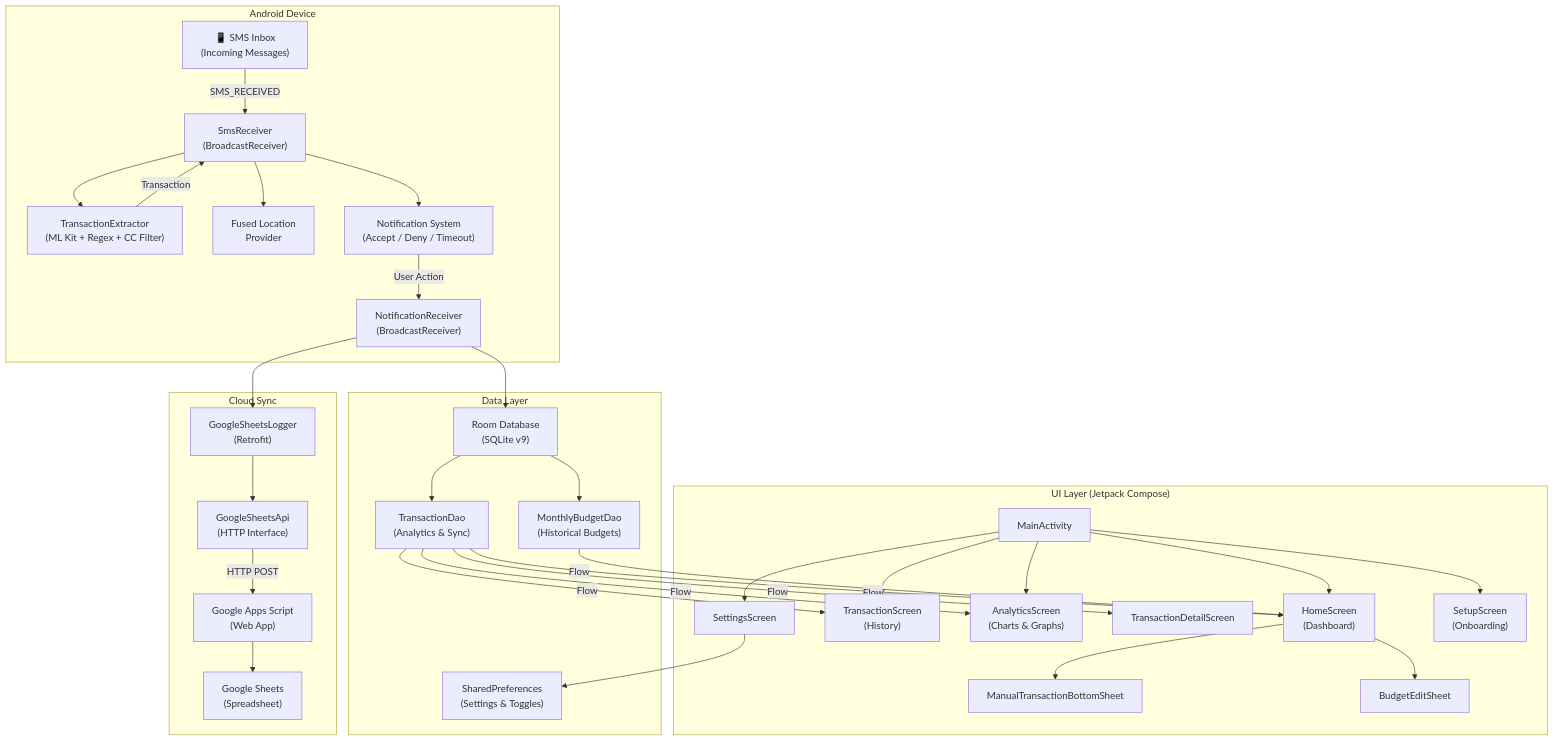
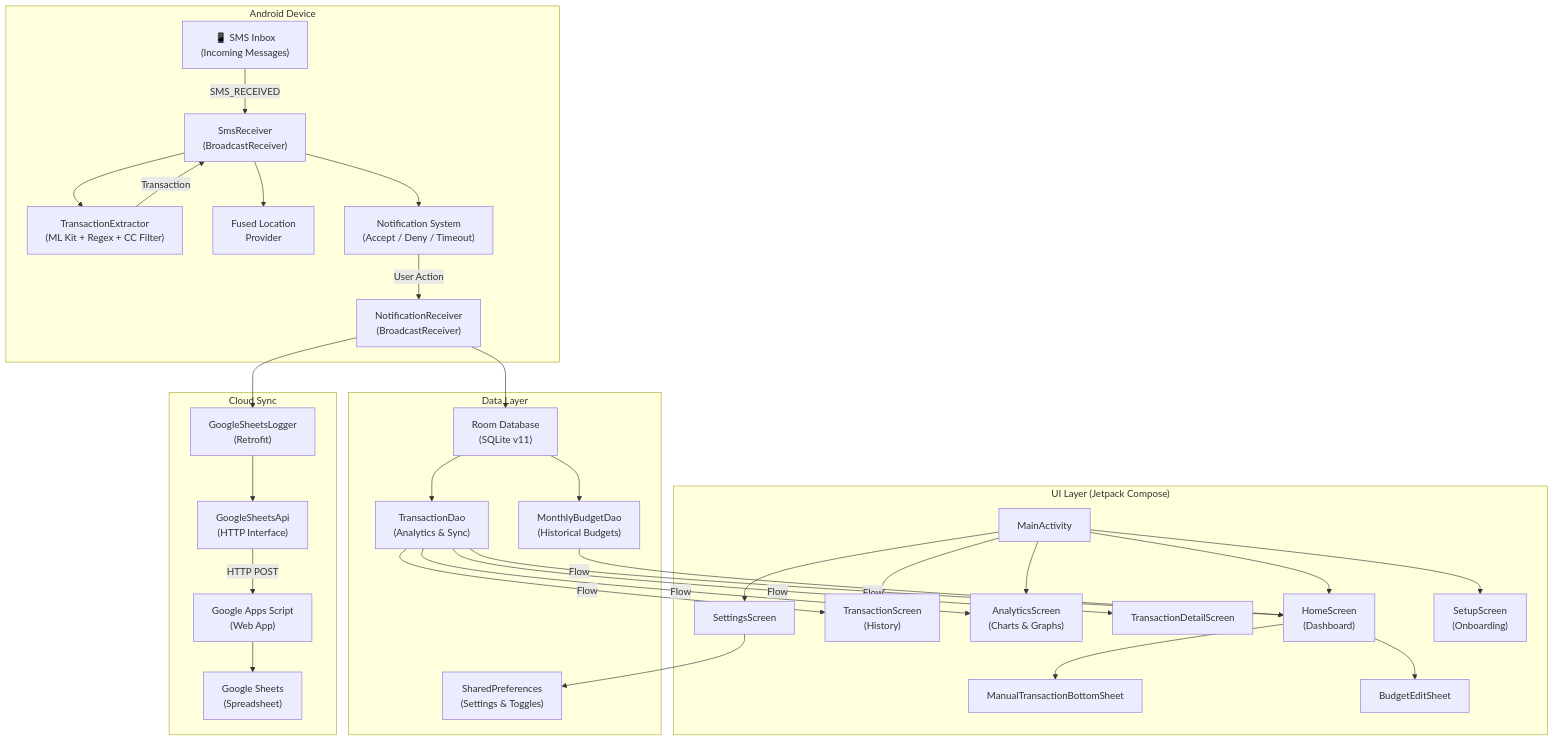
One commit to RahulGorai0206/expence-tracker changed the first of 4 diagrams in README.md. Above: the diagram before and after it, drawn with Mermaid. The commit also changed other lines of this file and 1 other file, not shown here.

First line of the commit message:
docs: update README and project documentation for Room v11 and new features

````diff
--- a/README.md
+++ b/README.md
@@ -98,64 +109,64 @@
 ```mermaid
 graph TB
     subgraph Android Device
         SMS["📱 SMS Inbox<br/>(Incoming Messages)"]
         RCV["SmsReceiver<br/>(BroadcastReceiver)"]
         EXT["TransactionExtractor<br/>(ML Kit + Regex + CC Filter)"]
         LOC["Fused Location<br/>Provider"]
         NOTIF["Notification System<br/>(Accept / Deny / Timeout)"]
         NRCV["NotificationReceiver<br/>(BroadcastReceiver)"]
     end
 
     subgraph Data Layer
-        DB["Room Database<br/>(SQLite v9)"]
+        DB["Room Database<br/>(SQLite v11)"]
         DAO["TransactionDao<br/>(Analytics & Sync)"]
         BUDGET_DAO["MonthlyBudgetDao<br/>(Historical Budgets)"]
         PREFS["SharedPreferences<br/>(Settings & Toggles)"]
     end
 
     subgraph UI Layer ["UI Layer (Jetpack Compose)"]
         MA["MainActivity"]
         HOME["HomeScreen<br/>(Dashboard)"]
         TXN["TransactionScreen<br/>(History)"]
         ANALYTICS["AnalyticsScreen<br/>(Charts & Graphs)"]
         DETAIL["TransactionDetailScreen"]
         SETTINGS["SettingsScreen"]
         SETUP["SetupScreen<br/>(Onboarding)"]
         MANUAL["ManualTransactionBottomSheet"]
         BUDGET_SHEET["BudgetEditSheet"]
     end
 
     subgraph Cloud Sync
         LOGGER["GoogleSheetsLogger<br/>(Retrofit)"]
         API["GoogleSheetsApi<br/>(HTTP Interface)"]
         SCRIPT["Google Apps Script<br/>(Web App)"]
         SHEET["Google Sheets<br/>(Spreadsheet)"]
     end
 
     SMS -->|SMS_RECEIVED| RCV
     RCV --> EXT
     RCV --> LOC
     EXT -->|Transaction| RCV
     RCV --> NOTIF
     NOTIF -->|User Action| NRCV
     NRCV --> DB
     NRCV --> LOGGER
     DB --> DAO
     DB --> BUDGET_DAO
     DAO -->|Flow<List>| HOME
     DAO -->|Flow<List>| TXN
     DAO -->|Flow<List>| ANALYTICS
     BUDGET_DAO -->|Flow<Budget>| HOME
     DAO -->|Flow<Transaction>| DETAIL
     LOGGER --> API
     API -->|HTTP POST| SCRIPT
     SCRIPT --> SHEET
     MA --> HOME
     MA --> TXN
     MA --> ANALYTICS
     MA --> SETTINGS
     MA --> SETUP
     HOME --> MANUAL
     HOME --> BUDGET_SHEET
     SETTINGS --> PREFS
 ```
````
